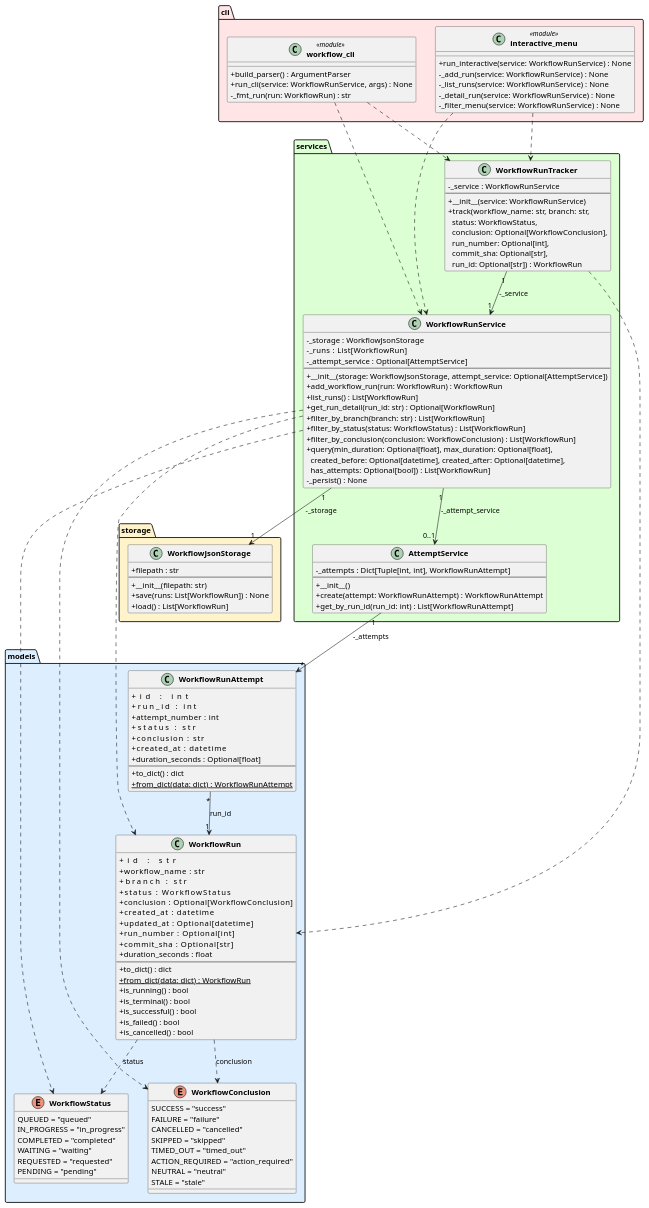
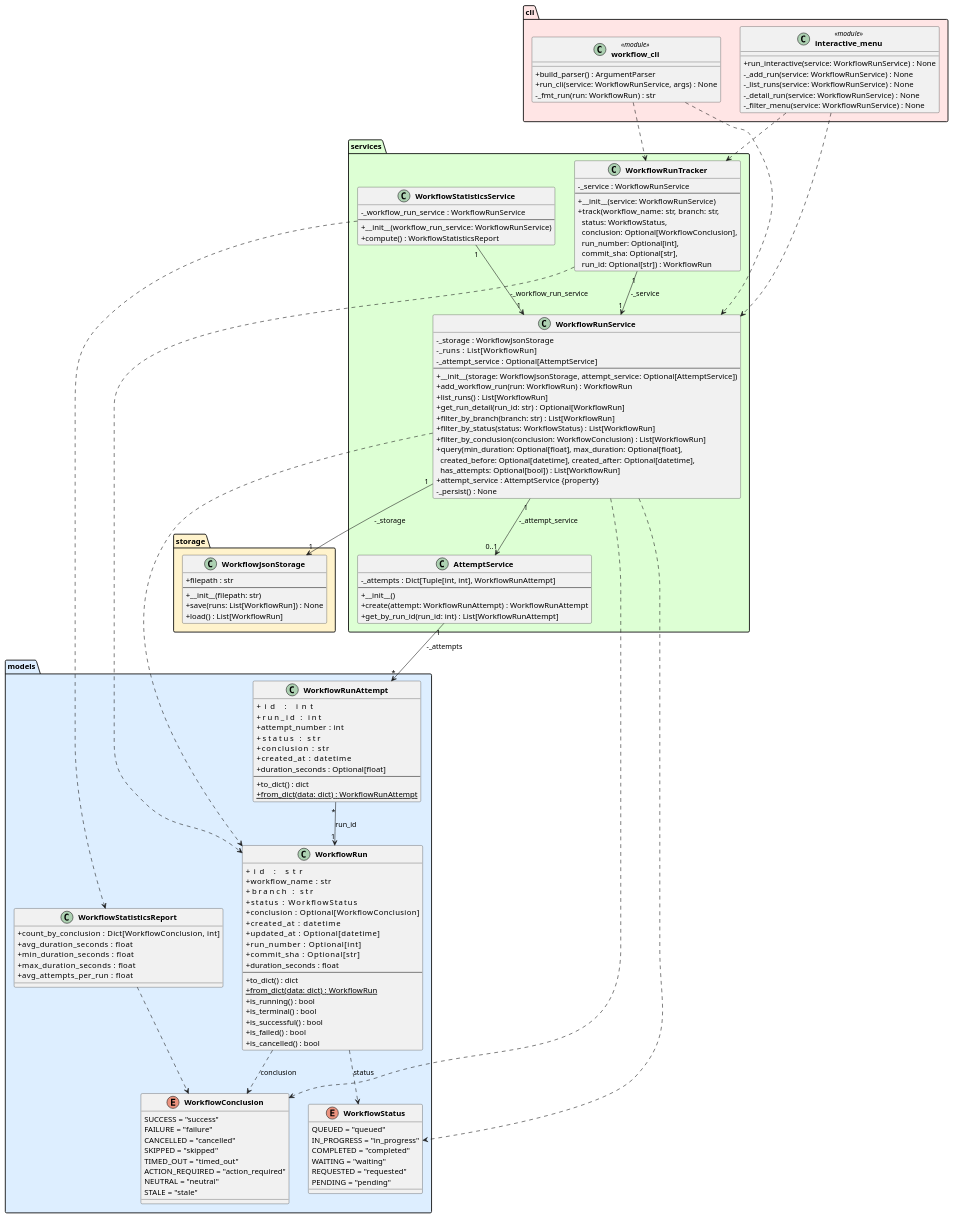
One commit to DanielRiha8906/Software_autoevolution_using_agents changed the diagram in experiments/supervisor_as_tools/test_driven/github-workflow-manager/artifacts/class_diagram.puml. Above: the diagram before and after it, drawn with PlantUML. The commit also changed 7 other files, not shown here.

First line of the commit message:
task 06 | Implement WorkflowStatisticsService for aggregated workflow metrics

```diff
--- a/experiments/supervisor_as_tools/test_driven/github-workflow-manager/artifacts/class_diagram.puml
+++ b/experiments/supervisor_as_tools/test_driven/github-workflow-manager/artifacts/class_diagram.puml
@@ -1,137 +1,156 @@
 @startuml class_diagram
 
 skinparam classAttributeIconSize 0
 skinparam classFontStyle bold
 
 package "models" #DDEEFF {
     enum WorkflowStatus {
         QUEUED = "queued"
         IN_PROGRESS = "in_progress"
         COMPLETED = "completed"
         WAITING = "waiting"
         REQUESTED = "requested"
         PENDING = "pending"
     }
 
     enum WorkflowConclusion {
         SUCCESS = "success"
         FAILURE = "failure"
         CANCELLED = "cancelled"
         SKIPPED = "skipped"
         TIMED_OUT = "timed_out"
         ACTION_REQUIRED = "action_required"
         NEUTRAL = "neutral"
         STALE = "stale"
     }
 
     class WorkflowRun {
         +id                : str
         +workflow_name     : str
         +branch            : str
         +status            : WorkflowStatus
         +conclusion        : Optional[WorkflowConclusion]
         +created_at        : datetime
         +updated_at        : Optional[datetime]
         +run_number        : Optional[int]
         +commit_sha        : Optional[str]
         +duration_seconds  : float
         --
         +to_dict() : dict
         +{static} from_dict(data: dict) : WorkflowRun
         +is_running() : bool
         +is_terminal() : bool
         +is_successful() : bool
         +is_failed() : bool
         +is_cancelled() : bool
     }
 
     class WorkflowRunAttempt {
         +id                : int
         +run_id            : int
         +attempt_number    : int
         +status            : str
         +conclusion        : str
         +created_at        : datetime
         +duration_seconds  : Optional[float]
         --
         +to_dict() : dict
         +{static} from_dict(data: dict) : WorkflowRunAttempt
     }
+
+    class WorkflowStatisticsReport {
+        +count_by_conclusion      : Dict[WorkflowConclusion, int]
+        +avg_duration_seconds     : float
+        +min_duration_seconds     : float
+        +max_duration_seconds     : float
+        +avg_attempts_per_run     : float
+    }
 }
 
 package "storage" #FFF3CC {
     class WorkflowJsonStorage {
         +filepath : str
         --
         +__init__(filepath: str)
         +save(runs: List[WorkflowRun]) : None
         +load() : List[WorkflowRun]
     }
 }
 
 package "services" #DDFFD4 {
     class WorkflowRunService {
         -_storage : WorkflowJsonStorage
         -_runs    : List[WorkflowRun]
         -_attempt_service : Optional[AttemptService]
         --
         +__init__(storage: WorkflowJsonStorage, attempt_service: Optional[AttemptService])
         +add_workflow_run(run: WorkflowRun) : WorkflowRun
         +list_runs() : List[WorkflowRun]
         +get_run_detail(run_id: str) : Optional[WorkflowRun]
         +filter_by_branch(branch: str) : List[WorkflowRun]
         +filter_by_status(status: WorkflowStatus) : List[WorkflowRun]
         +filter_by_conclusion(conclusion: WorkflowConclusion) : List[WorkflowRun]
         +query(min_duration: Optional[float], max_duration: Optional[float],\n  created_before: Optional[datetime], created_after: Optional[datetime],\n  has_attempts: Optional[bool]) : List[WorkflowRun]
+        +attempt_service : AttemptService {property}
         -_persist() : None
     }
 
     class WorkflowRunTracker {
         -_service : WorkflowRunService
         --
         +__init__(service: WorkflowRunService)
         +track(workflow_name: str, branch: str,\n  status: WorkflowStatus,\n  conclusion: Optional[WorkflowConclusion],\n  run_number: Optional[int],\n  commit_sha: Optional[str],\n  run_id: Optional[str]) : WorkflowRun
     }
 
     class AttemptService {
         -_attempts : Dict[Tuple[int, int], WorkflowRunAttempt]
         --
         +__init__()
         +create(attempt: WorkflowRunAttempt) : WorkflowRunAttempt
         +get_by_run_id(run_id: int) : List[WorkflowRunAttempt]
+    }
+
+    class WorkflowStatisticsService {
+        -_workflow_run_service : WorkflowRunService
+        --
+        +__init__(workflow_run_service: WorkflowRunService)
+        +compute() : WorkflowStatisticsReport
     }
 }
 
 package "cli" #FFE5E5 {
     class "workflow_cli" <<module>> {
         +build_parser() : ArgumentParser
         +run_cli(service: WorkflowRunService, args) : None
         -_fmt_run(run: WorkflowRun) : str
     }
 
     class "interactive_menu" <<module>> {
         +run_interactive(service: WorkflowRunService) : None
         -_add_run(service: WorkflowRunService) : None
         -_list_runs(service: WorkflowRunService) : None
         -_detail_run(service: WorkflowRunService) : None
         -_filter_menu(service: WorkflowRunService) : None
     }
 }
 
-WorkflowRun                ..>  WorkflowStatus        : status
-WorkflowRun                ..>  WorkflowConclusion    : conclusion
-WorkflowRunAttempt    "*" --> "1" WorkflowRun        : run_id
-WorkflowRunService    "1" --> "1" WorkflowJsonStorage : -_storage
-WorkflowRunService    "1" --> "0..1" AttemptService   : -_attempt_service
+WorkflowRun                ..>  WorkflowStatus             : status
+WorkflowRun                ..>  WorkflowConclusion         : conclusion
+WorkflowRunAttempt    "*" --> "1" WorkflowRun             : run_id
+WorkflowRunService    "1" --> "1" WorkflowJsonStorage     : -_storage
+WorkflowRunService    "1" --> "0..1" AttemptService       : -_attempt_service
 WorkflowRunService         ..>  WorkflowRun
 WorkflowRunService         ..>  WorkflowStatus
 WorkflowRunService         ..>  WorkflowConclusion
-WorkflowRunTracker    "1" --> "1" WorkflowRunService  : -_service
+WorkflowRunTracker    "1" --> "1" WorkflowRunService      : -_service
 WorkflowRunTracker         ..>  WorkflowRun
-AttemptService       "1" --> "*" WorkflowRunAttempt   : -_attempts
+AttemptService       "1" --> "*" WorkflowRunAttempt       : -_attempts
+WorkflowStatisticsService "1" --> "1" WorkflowRunService  : -_workflow_run_service
+WorkflowStatisticsService      ..>  WorkflowStatisticsReport
+WorkflowStatisticsReport       ..>  WorkflowConclusion
 "workflow_cli"             ..>  WorkflowRunService
 "workflow_cli"             ..>  WorkflowRunTracker
 "interactive_menu"         ..>  WorkflowRunService
 "interactive_menu"         ..>  WorkflowRunTracker
 
 @enduml
```
